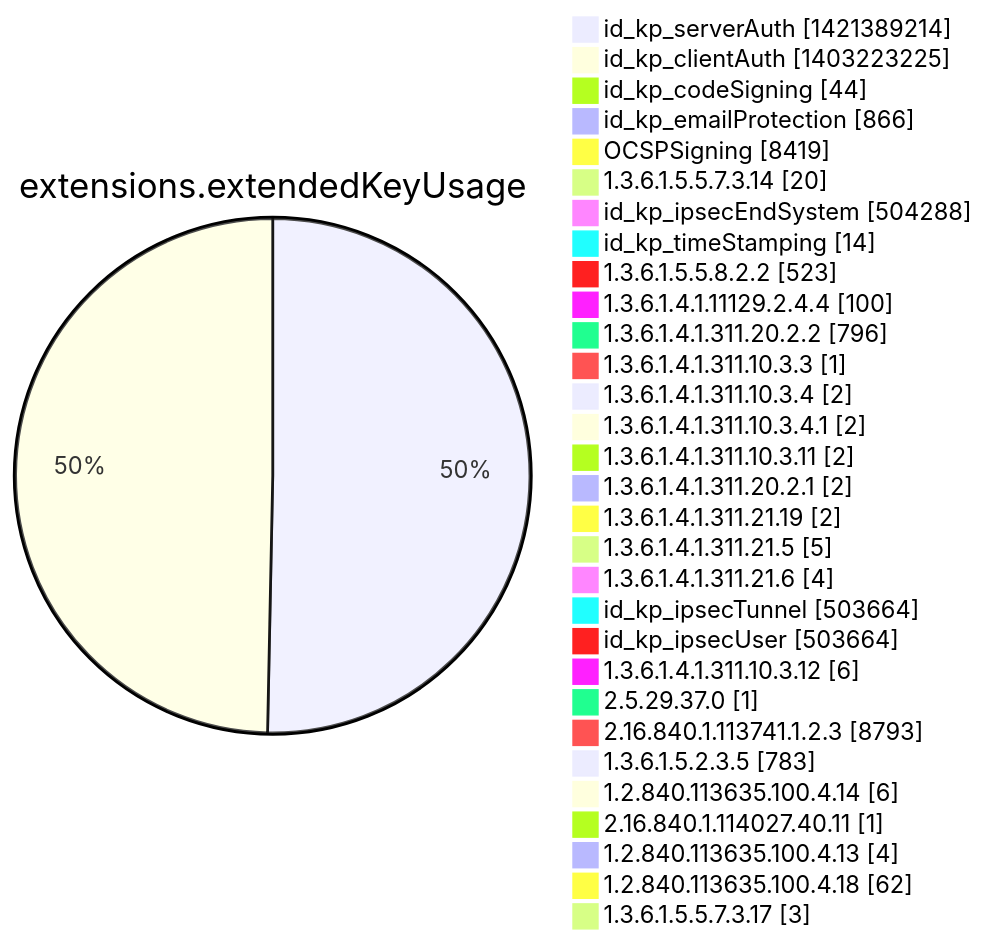
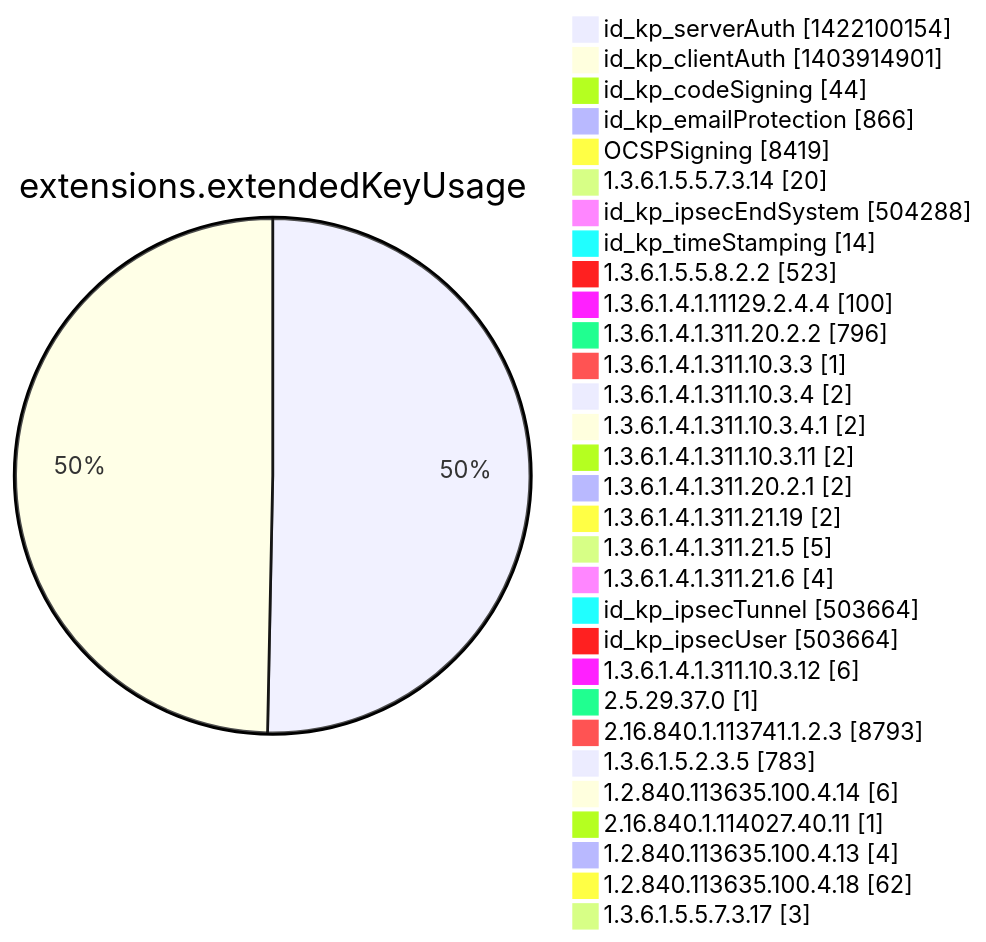
Diagram 12 of 15 in argon2022/README.md (christiankrug/ctmonitor_visualization), drawn with Mermaid before and after one commit. The commit also changed other lines of this file, not shown here.

````diff
--- a/argon2022/README.md
+++ b/argon2022/README.md
@@ -3555,34 +3555,34 @@
 ```mermaid
 pie showData
 title extensions.extendedKeyUsage
-"id_kp_serverAuth" :1421389214
-"id_kp_clientAuth" :1403223225
+"id_kp_serverAuth" :1422100154
+"id_kp_clientAuth" :1403914901
 "id_kp_codeSigning" :44
 "id_kp_emailProtection" :866
 "OCSPSigning" :8419
 "1.3.6.1.5.5.7.3.14" :20
 "id_kp_ipsecEndSystem" :504288
 "id_kp_timeStamping" :14
 "1.3.6.1.5.5.8.2.2" :523
 "1.3.6.1.4.1.11129.2.4.4" :100
 "1.3.6.1.4.1.311.20.2.2" :796
 "1.3.6.1.4.1.311.10.3.3" :1
 "1.3.6.1.4.1.311.10.3.4" :2
 "1.3.6.1.4.1.311.10.3.4.1" :2
 "1.3.6.1.4.1.311.10.3.11" :2
 "1.3.6.1.4.1.311.20.2.1" :2
 "1.3.6.1.4.1.311.21.19" :2
 "1.3.6.1.4.1.311.21.5" :5
 "1.3.6.1.4.1.311.21.6" :4
 "id_kp_ipsecTunnel" :503664
 "id_kp_ipsecUser" :503664
 "1.3.6.1.4.1.311.10.3.12" :6
 "2.5.29.37.0" :1
 "2.16.840.1.113741.1.2.3" :8793
 "1.3.6.1.5.2.3.5" :783
 "1.2.840.113635.100.4.14" :6
 "2.16.840.1.114027.40.11" :1
 "1.2.840.113635.100.4.13" :4
 "1.2.840.113635.100.4.18" :62
 "1.3.6.1.5.5.7.3.17" :3
 ```
````
